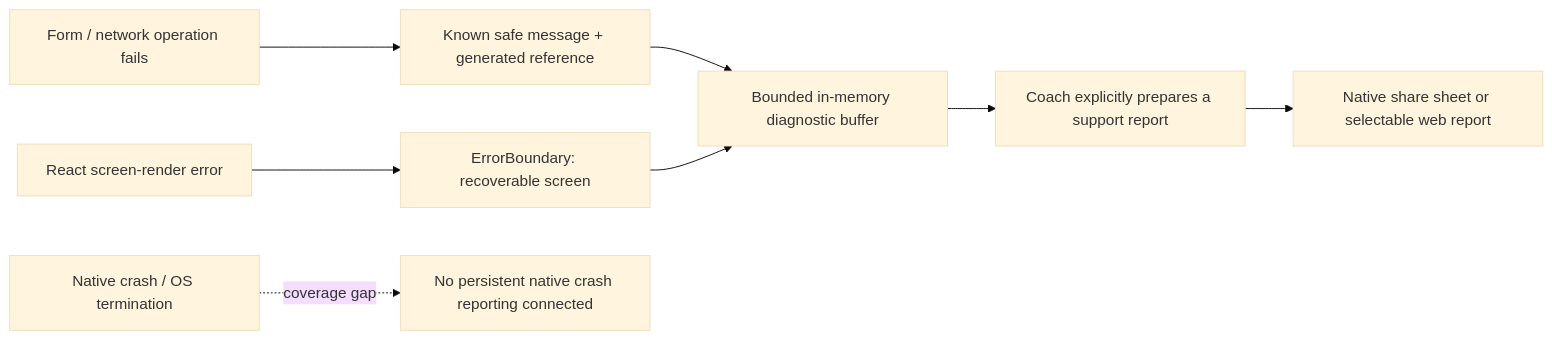
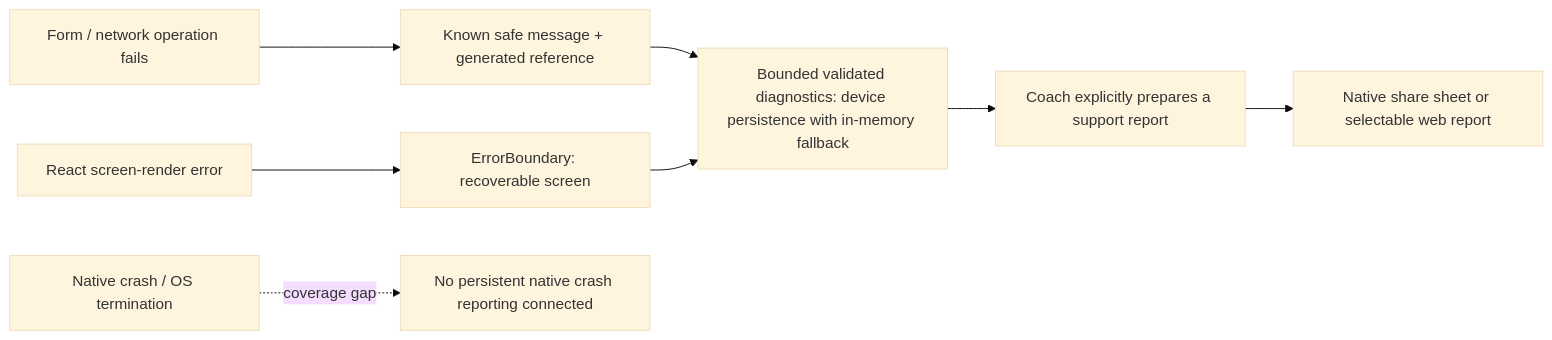
Before and after one commit to appsworld2027/Parent-plus-: the seventh of 8 diagrams in docs/ARCHITECTURE.md, drawn with Mermaid (base theme). The commit also changed other lines of this file and 34 other files, not shown here.

Commit message:
Build classes and attendance with scoped device drafts and persistent diagnostics

````diff
--- a/docs/ARCHITECTURE.md
+++ b/docs/ARCHITECTURE.md
@@ -169,10 +205,10 @@
 ```mermaid
 flowchart LR
     Action["Form / network operation fails"] --> Safe["Known safe message + generated reference"]
-    Safe --> Buffer["Bounded in-memory diagnostic buffer"]
+    Safe --> Buffer["Bounded validated diagnostics: device persistence with in-memory fallback"]
     Buffer --> Inspect["Coach explicitly prepares a support report"]
     Inspect --> Share["Native share sheet or selectable web report"]
     Render["React screen-render error"] --> Boundary["ErrorBoundary: recoverable screen"]
     Boundary --> Buffer
     Native["Native crash / OS termination"] -. "coverage gap" .-> Missing["No persistent native crash reporting connected"]
 ```
````
